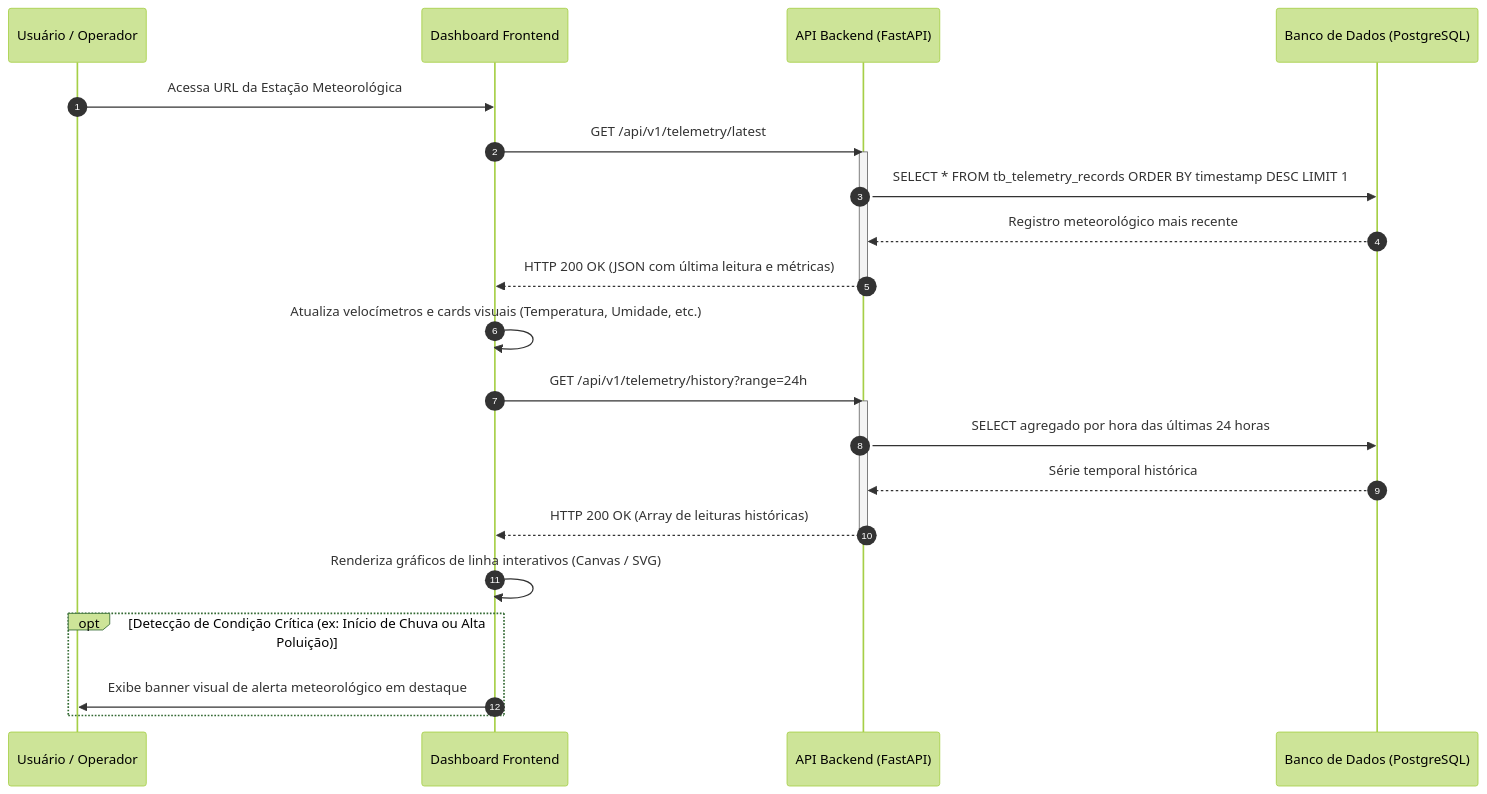
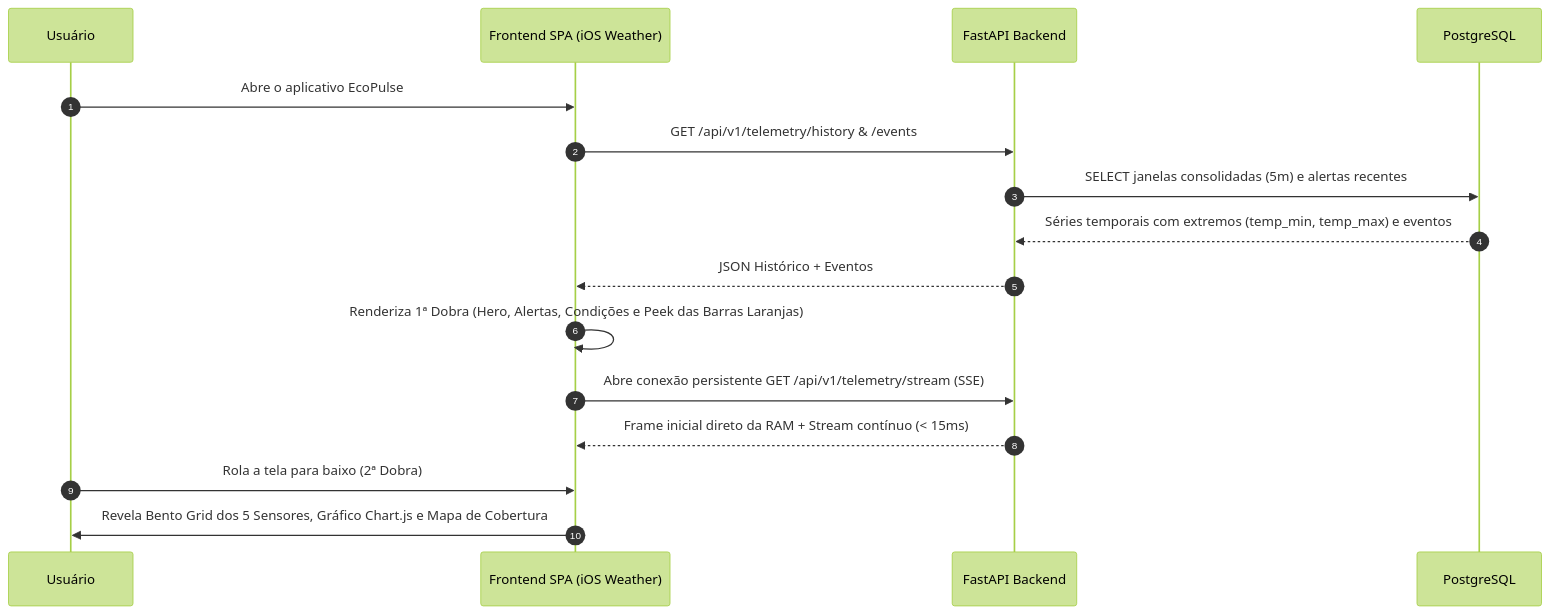
The second of 2 diagrams in docs/diagrama_sequencia.md (wallacevilela7/ecopulse), drawn with Mermaid (forest theme) before and after one commit. The commit also changed other lines of this file and 29 other files, not shown here.

Commit message:
feat(v2.0): implement Hot/Cold Path backend, remodel frontend to iOS Weather UI with scroll peek, and prune legacy files

````diff
--- a/docs/diagrama_sequencia.md
+++ b/docs/diagrama_sequencia.md
@@ -57,31 +48,21 @@
 ```mermaid
 sequenceDiagram
     autonumber
-    participant User as Usuário / Operador
-    participant Web as Dashboard Frontend
-    participant API as API Backend (FastAPI)
-    participant DB as Banco de Dados (PostgreSQL)
+    participant User as Usuário
+    participant Web as Frontend SPA (iOS Weather)
+    participant API as FastAPI Backend
+    participant DB as PostgreSQL
 
-    User->>Web: Acessa URL da Estação Meteorológica
-    Web->>API: GET /api/v1/telemetry/latest
-    activate API
-    API->>DB: SELECT * FROM tb_telemetry_records ORDER BY timestamp DESC LIMIT 1
-    DB-->>API: Registro meteorológico mais recente
-    API-->>Web: HTTP 200 OK (JSON com última leitura e métricas)
-    deactivate API
-    
-    Web->>Web: Atualiza velocímetros e cards visuais (Temperatura, Umidade, etc.)
+    User->>Web: Abre o aplicativo EcoPulse
+    Web->>API: GET /api/v1/telemetry/history & /events
+    API->>DB: SELECT janelas consolidadas (5m) e alertas recentes
+    DB-->>API: Séries temporais com extremos (temp_min, temp_max) e eventos
+    API-->>Web: JSON Histórico + Eventos
+    Web->>Web: Renderiza 1ª Dobra (Hero, Alertas, Condições e Peek das Barras Laranjas)
 
-    Web->>API: GET /api/v1/telemetry/history?range=24h
-    activate API
-    API->>DB: SELECT agregado por hora das últimas 24 horas
-    DB-->>API: Série temporal histórica
-    API-->>Web: HTTP 200 OK (Array de leituras históricas)
-    deactivate API
-    
-    Web->>Web: Renderiza gráficos de linha interativos (Canvas / SVG)
-    
-    opt Detecção de Condição Crítica (ex: Início de Chuva ou Alta Poluição)
-        Web->>User: Exibe banner visual de alerta meteorológico em destaque
-    end
+    Web->>API: Abre conexão persistente GET /api/v1/telemetry/stream (SSE)
+    API-->>Web: Frame inicial direto da RAM + Stream contínuo (< 15ms)
+
+    User->>Web: Rola a tela para baixo (2ª Dobra)
+    Web->>User: Revela Bento Grid dos 5 Sensores, Gráfico Chart.js e Mapa de Cobertura
 ```
````
